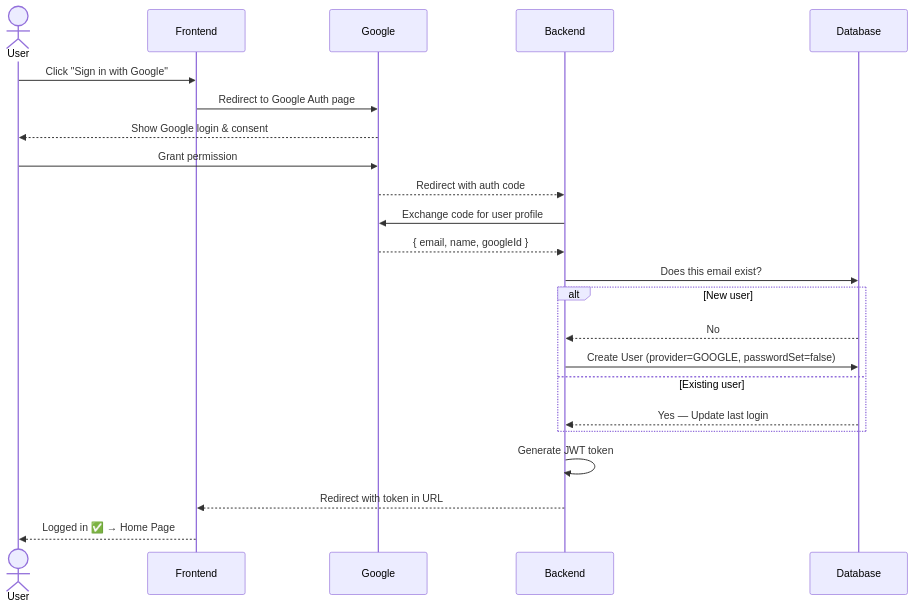
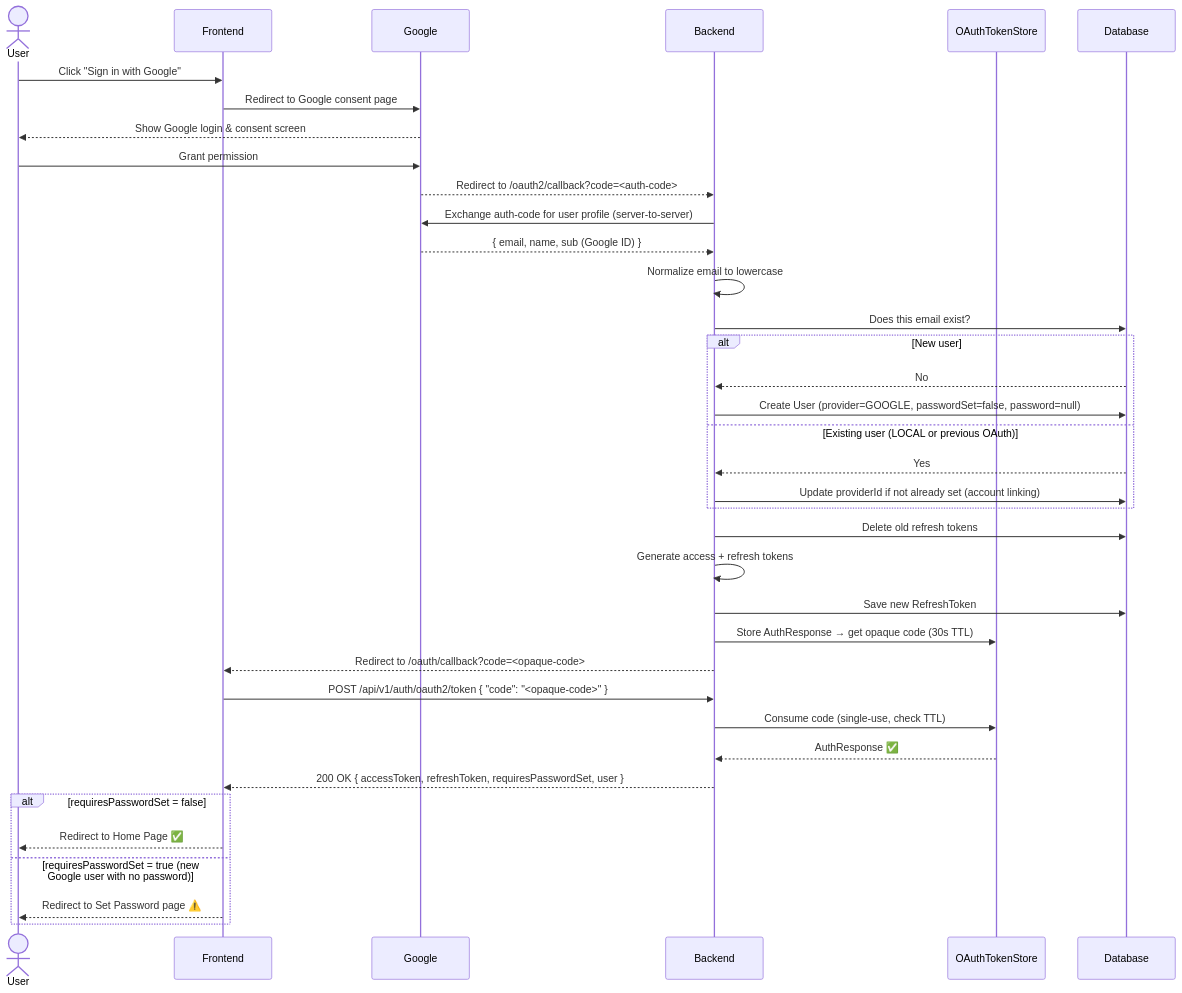
The third of 7 diagrams in docs/backend-readme.md (akash-beura/login-system), drawn with Mermaid before and after one commit. The commit also changed other lines of this file, not shown here.

Commit message:
update backend readme

````diff
--- a/docs/backend-readme.md
+++ b/docs/backend-readme.md
@@ -464,26 +795,48 @@
 ```mermaid
 sequenceDiagram
     actor User
     participant Frontend
     participant Google
     participant Backend
+    participant OAuthTokenStore
     participant Database
 
     User->>Frontend: Click "Sign in with Google"
-    Frontend->>Google: Redirect to Google Auth page
-    Google-->>User: Show Google login & consent
+    Frontend->>Google: Redirect to Google consent page
+    Google-->>User: Show Google login & consent screen
     User->>Google: Grant permission
-    Google-->>Backend: Redirect with auth code
-    Backend->>Google: Exchange code for user profile
-    Google-->>Backend: { email, name, googleId }
+
+    Google-->>Backend: Redirect to /oauth2/callback?code=<auth-code>
+    Backend->>Google: Exchange auth-code for user profile (server-to-server)
+    Google-->>Backend: { email, name, sub (Google ID) }
+
+    Backend->>Backend: Normalize email to lowercase
     Backend->>Database: Does this email exist?
+
     alt New user
         Database-->>Backend: No
-        Backend->>Database: Create User (provider=GOOGLE, passwordSet=false)
-    else Existing user
-        Database-->>Backend: Yes — Update last login
+        Backend->>Database: Create User (provider=GOOGLE, passwordSet=false, password=null)
+    else Existing user (LOCAL or previous OAuth)
+        Database-->>Backend: Yes
+        Backend->>Database: Update providerId if not already set (account linking)
     end
-    Backend->>Backend: Generate JWT token
-    Backend-->>Frontend: Redirect with token in URL
-    Frontend-->>User: Logged in ✅ → Home Page
+
+    Backend->>Database: Delete old refresh tokens
+    Backend->>Backend: Generate access + refresh tokens
+    Backend->>Database: Save new RefreshToken
+    Backend->>OAuthTokenStore: Store AuthResponse → get opaque code (30s TTL)
+
+    Backend-->>Frontend: Redirect to /oauth/callback?code=<opaque-code>
+
+    Frontend->>Backend: POST /api/v1/auth/oauth2/token { "code": "<opaque-code>" }
+    Backend->>OAuthTokenStore: Consume code (single-use, check TTL)
+    OAuthTokenStore-->>Backend: AuthResponse ✅
+
+    Backend-->>Frontend: 200 OK { accessToken, refreshToken, requiresPasswordSet, user }
+
+    alt requiresPasswordSet = false
+        Frontend-->>User: Redirect to Home Page ✅
+    else requiresPasswordSet = true (new Google user with no password)
+        Frontend-->>User: Redirect to Set Password page ⚠️
+    end
 ```
````
